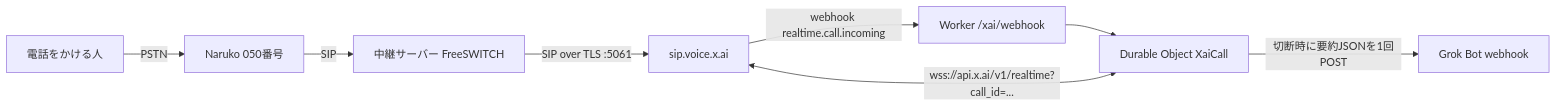
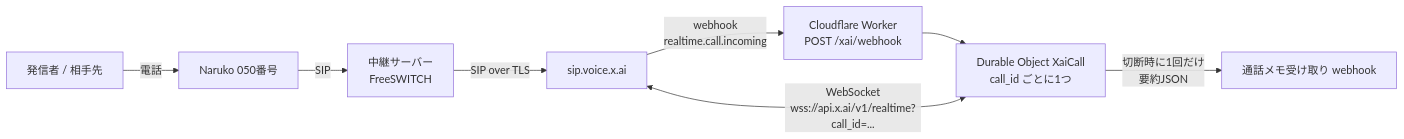
The diagram in README.md (sat0xshi/naruko-grok-voice), drawn with Mermaid before and after one commit. The commit also changed other lines of this file and 8 other files, not shown here.

````diff
--- a/README.md
+++ b/README.md
@@ -10,10 +13,10 @@
 ```mermaid
 flowchart LR
-  A[電話をかける人] -->|PSTN| B[Naruko 050番号]
-  B -->|SIP| C[中継サーバー FreeSWITCH]
-  C -->|SIP over TLS :5061| D[sip.voice.x.ai]
-  D -->|webhook realtime.call.incoming| E[Worker /xai/webhook]
-  E --> F[Durable Object XaiCall]
-  F <-->|wss://api.x.ai/v1/realtime?call_id=...| D
-  F -->|切断時に要約JSONを1回POST| G[Grok Bot webhook]
+  A[発信者 / 相手先] -->|電話| B[Naruko 050番号]
+  B -->|SIP| C[中継サーバー<br/>FreeSWITCH]
+  C -->|SIP over TLS| D[sip.voice.x.ai]
+  D -->|webhook<br/>realtime.call.incoming| E[Cloudflare Worker<br/>POST /xai/webhook]
+  E --> F[Durable Object XaiCall<br/>call_id ごとに1つ]
+  F <-->|WebSocket<br/>wss://api.x.ai/v1/realtime?call_id=...| D
+  F -->|切断時に1回だけ<br/>要約JSON| G[通話メモ受け取り webhook]
 ```
````
